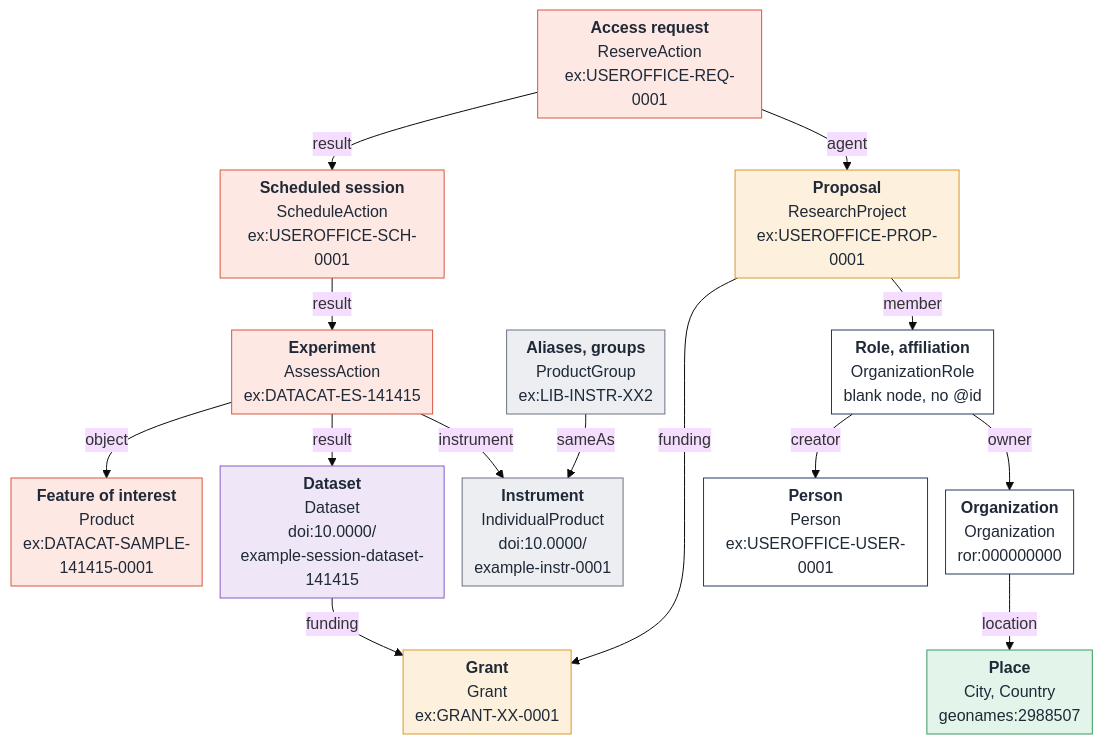
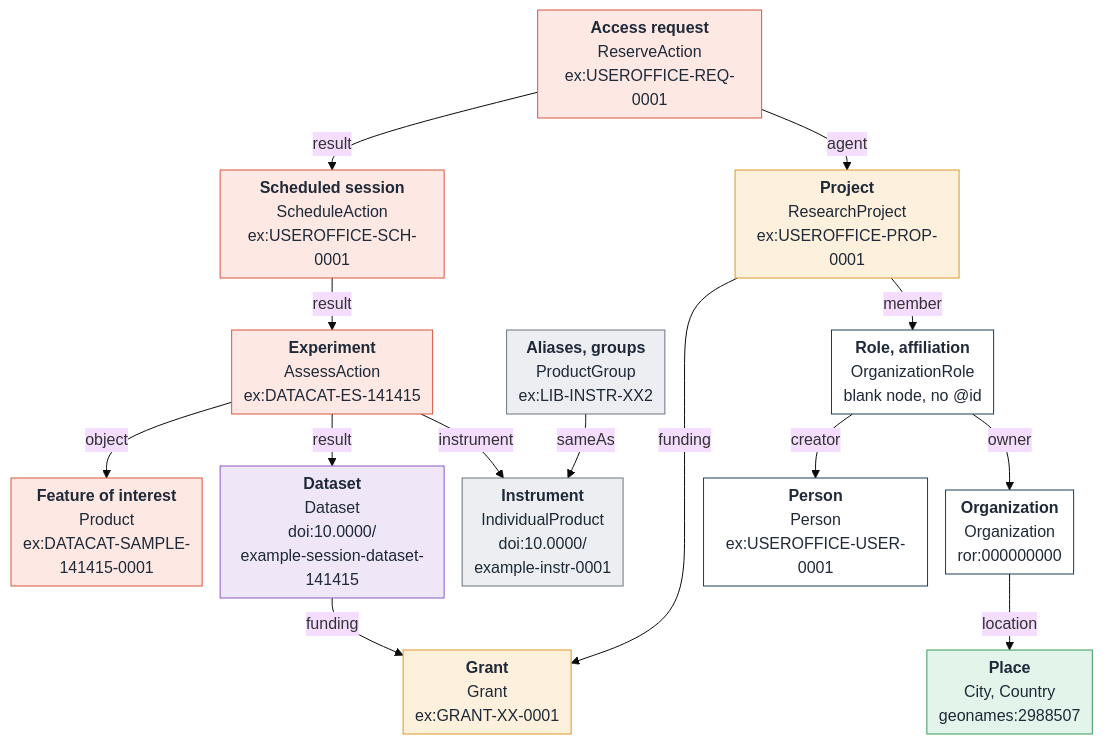
The second of 3 diagrams in profile/README.md (openfacility/.github), drawn with Mermaid (base theme) before and after one commit. The commit also changed other lines of this file, not shown here.

Commit message:
Name the proposal node Project in the facility graph

````diff
--- a/profile/README.md
+++ b/profile/README.md
@@ -61,43 +61,43 @@
 ```mermaid
 %%{init: {"flowchart": {"nodeSpacing": 18, "rankSpacing": 28, "padding": 6}}}%%
 flowchart TB
   req["<b>Access request</b><br/>ReserveAction<br/>ex:USEROFFICE-REQ-0001"]
   ses["<b>Scheduled session</b><br/>ScheduleAction<br/>ex:USEROFFICE-SCH-0001"]
   exp["<b>Experiment</b><br/>AssessAction<br/>ex:DATACAT-ES-141415"]
   smp["<b>Feature of interest</b><br/>Product<br/>ex:DATACAT-SAMPLE-<br/>141415-0001"]
-  prop["<b>Proposal</b><br/>ResearchProject<br/>ex:USEROFFICE-PROP-0001"]
+  prop["<b>Project</b><br/>ResearchProject<br/>ex:USEROFFICE-PROP-0001"]
   grant["<b>Grant</b><br/>Grant<br/>ex:GRANT-XX-0001"]
   ins["<b>Instrument</b><br/>IndividualProduct<br/>doi:10.0000/<br/>example-instr-0001"]
   ds["<b>Dataset</b><br/>Dataset<br/>doi:10.0000/<br/>example-session-dataset-141415"]
   ali["<b>Aliases, groups</b><br/>ProductGroup<br/>ex:LIB-INSTR-XX2"]
   role["<b>Role, affiliation</b><br/>OrganizationRole<br/>blank node, no @id"]
   per["<b>Person</b><br/>Person<br/>ex:USEROFFICE-USER-0001"]
   org["<b>Organization</b><br/>Organization<br/>ror:000000000"]
   pla["<b>Place</b><br/>City, Country<br/>geonames:2988507"]
 
   req -- result --> ses -- result --> exp
   exp -- object --> smp
   exp -- result --> ds
   exp -- instrument --> ins
   req -- agent --> prop
   prop -- funding --> grant
   ds -- funding --> grant
   ali -- sameAs --> ins
   prop -- member --> role
   role -- creator --> per
   role -- owner --> org
   org -- location --> pla
 
   classDef session fill:#fde8e4,stroke:#d9573f,color:#1f2937
   classDef project fill:#fdf0dc,stroke:#d99a2b,color:#1f2937
   classDef instrument fill:#eceef2,stroke:#6b7280,color:#1f2937
   classDef dataset fill:#efe7f7,stroke:#8b5cc4,color:#1f2937
   classDef agent fill:#ffffff,stroke:#1e3a5f,color:#1f2937
   classDef place fill:#e3f4ea,stroke:#3a9a63,color:#1f2937
   class req,ses,exp,smp session
   class prop,grant project
   class ins,ali instrument
   class ds dataset
   class role,per,org agent
   class pla place
 ```
````
